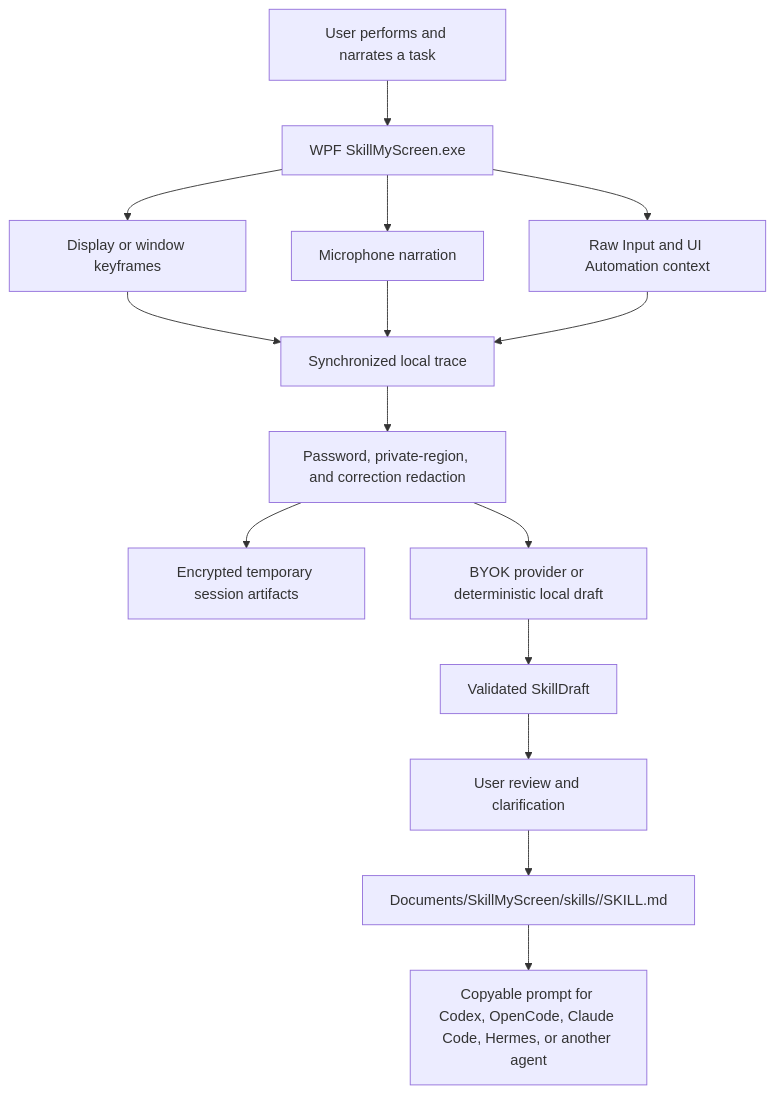
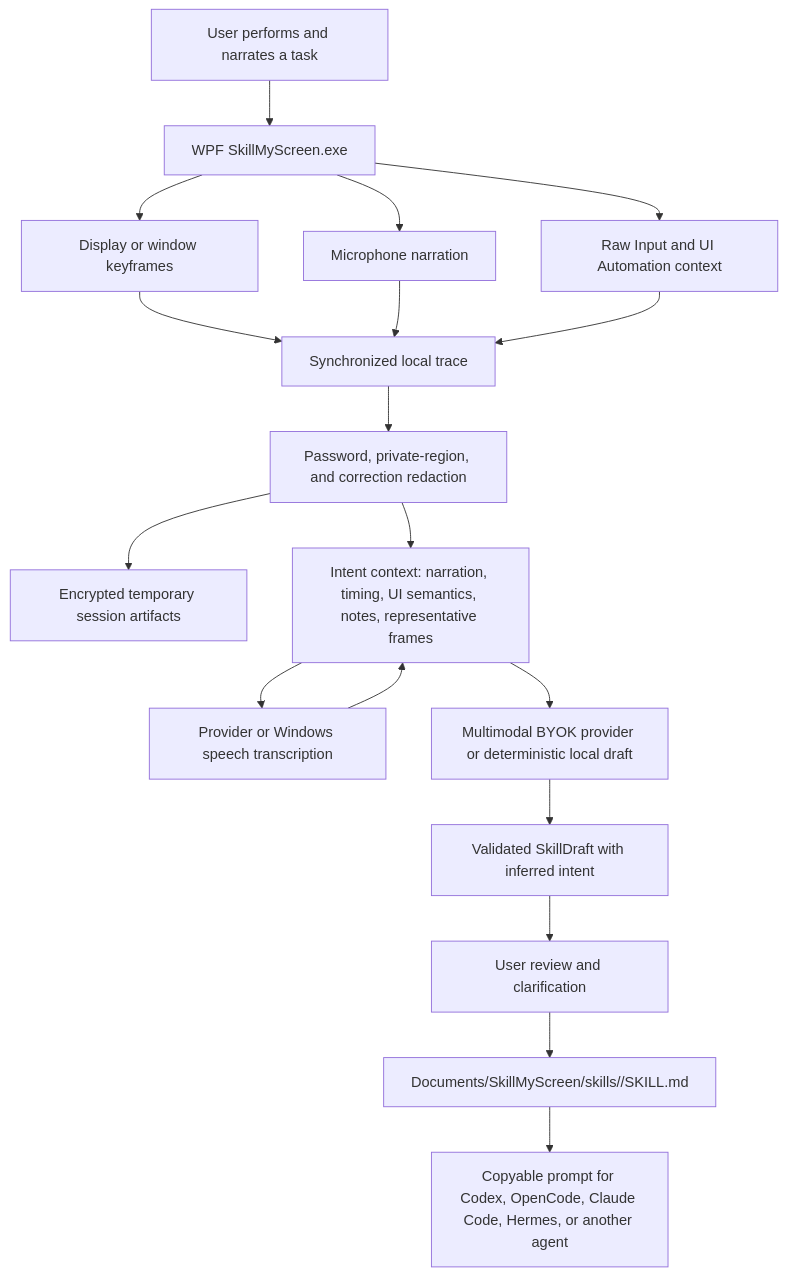
One commit to codemanojhv/OhMySkill changed the diagram in ARCHITECTURE.md. Above: the diagram before and after it, drawn with Mermaid. The commit also changed other lines of this file and 11 other files, not shown here.

Commit message:
Use narration and visual context in skill generation

````diff
--- a/ARCHITECTURE.md
+++ b/ARCHITECTURE.md
@@ -5,17 +5,20 @@
 ```mermaid
 flowchart TB
-    USER[User performs and narrates a task] --> APP[WPF SkillMyScreen.exe]
-    APP --> SCREEN[Display or window keyframes]
-    APP --> AUDIO[Microphone narration]
-    APP --> INPUT[Raw Input and UI Automation context]
-    SCREEN --> TRACE[Synchronized local trace]
+    USER["User performs and narrates a task"] --> APP["WPF SkillMyScreen.exe"]
+    APP --> SCREEN["Display or window keyframes"]
+    APP --> AUDIO["Microphone narration"]
+    APP --> INPUT["Raw Input and UI Automation context"]
+    SCREEN --> TRACE["Synchronized local trace"]
     AUDIO --> TRACE
     INPUT --> TRACE
-    TRACE --> REDACT[Password, private-region, and correction redaction]
-    REDACT --> TEMP[Encrypted temporary session artifacts]
-    REDACT --> AI[BYOK provider or deterministic local draft]
-    AI --> DRAFT[Validated SkillDraft]
-    DRAFT --> REVIEW[User review and clarification]
-    REVIEW --> OUTPUT[Documents/SkillMyScreen/skills/<slug>/SKILL.md]
-    OUTPUT --> PROMPT[Copyable prompt for Codex, OpenCode, Claude Code, Hermes, or another agent]
+    TRACE --> REDACT["Password, private-region, and correction redaction"]
+    REDACT --> TEMP["Encrypted temporary session artifacts"]
+    REDACT --> CONTEXT["Intent context: narration, timing, UI semantics, notes, representative frames"]
+    CONTEXT --> AUDIOAI["Provider or Windows speech transcription"]
+    AUDIOAI --> CONTEXT
+    CONTEXT --> AI["Multimodal BYOK provider or deterministic local draft"]
+    AI --> DRAFT["Validated SkillDraft with inferred intent"]
+    DRAFT --> REVIEW["User review and clarification"]
+    REVIEW --> OUTPUT["Documents/SkillMyScreen/skills/<slug>/SKILL.md"]
+    OUTPUT --> PROMPT["Copyable prompt for Codex, OpenCode, Claude Code, Hermes, or another agent"]
 ```
````
